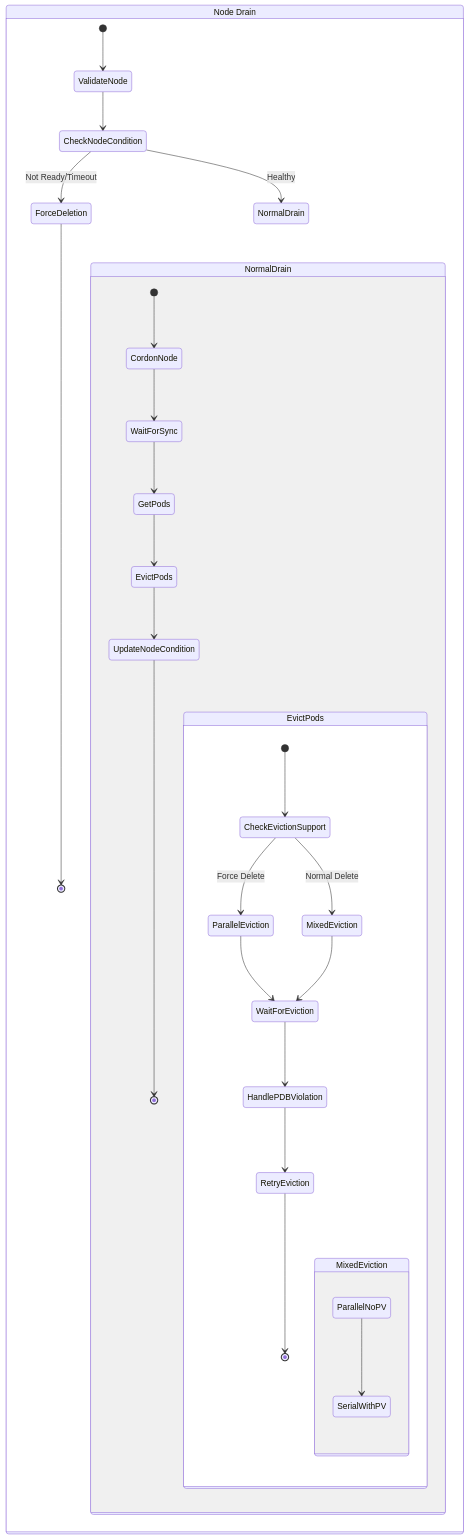
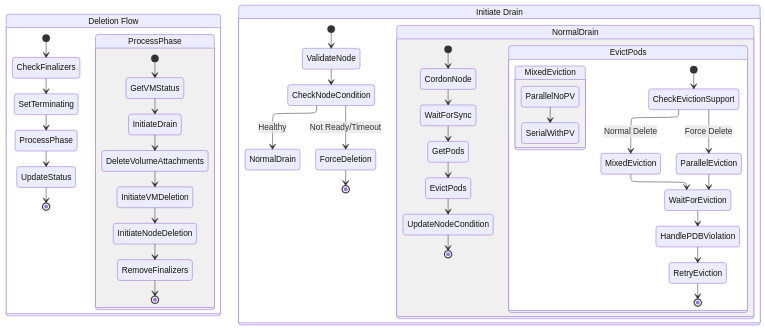
One commit to brongulus/brongulus.github.io changed the fourth of 7 diagrams in content/notes/2fast2mcm.md. Above: the diagram before and after it, drawn with Mermaid. The commit also changed other lines of this file and 7 other files, not shown here.

````diff
--- a/content/notes/2fast2mcm.md
+++ b/content/notes/2fast2mcm.md
@@ -178,39 +193,62 @@
 ```mermaid
+---
+  config:
+    layout: elk
+---
 stateDiagram-v2
-    state "Node Drain" as ND {
+    state "Deletion Flow" as DF {
+        [*] --> CheckFinalizers
+        CheckFinalizers --> SetTerminating
+        SetTerminating --> ProcessPhase
+        
+        state "ProcessPhase" as PP {
+            [*] --> GetVMStatus
+            GetVMStatus --> InitiateDrain
+            InitiateDrain --> DeleteVolumeAttachments
+            DeleteVolumeAttachments --> InitiateVMDeletion
+            InitiateVMDeletion --> InitiateNodeDeletion
+            InitiateNodeDeletion --> RemoveFinalizers
+            RemoveFinalizers --> [*]
+        }
+        
+        ProcessPhase --> UpdateStatus
+        UpdateStatus --> [*]
+    }
+    
+    state "Initiate Drain" as ND {
         [*] --> ValidateNode
         
         ValidateNode --> CheckNodeCondition
         CheckNodeCondition --> ForceDeletion : Not Ready/Timeout
         CheckNodeCondition --> NormalDrain : Healthy
         
         state "NormalDrain" as Normal {
             [*] --> CordonNode
             CordonNode --> WaitForSync
             WaitForSync --> GetPods
             GetPods --> EvictPods
             
             state "EvictPods" as EP {
                 [*] --> CheckEvictionSupport
                 
                 CheckEvictionSupport --> ParallelEviction : Force Delete
                 CheckEvictionSupport --> MixedEviction : Normal Delete
                 
                 state "MixedEviction" as ME {
                     ParallelNoPV --> SerialWithPV
                 }
                 
                 ParallelEviction --> WaitForEviction
                 MixedEviction --> WaitForEviction
                 WaitForEviction --> HandlePDBViolation
                 HandlePDBViolation --> RetryEviction
                 RetryEviction --> [*]
             }
             
             EvictPods --> UpdateNodeCondition
             UpdateNodeCondition --> [*]
         }
         
         ForceDeletion --> [*]
     }
 ```
````
